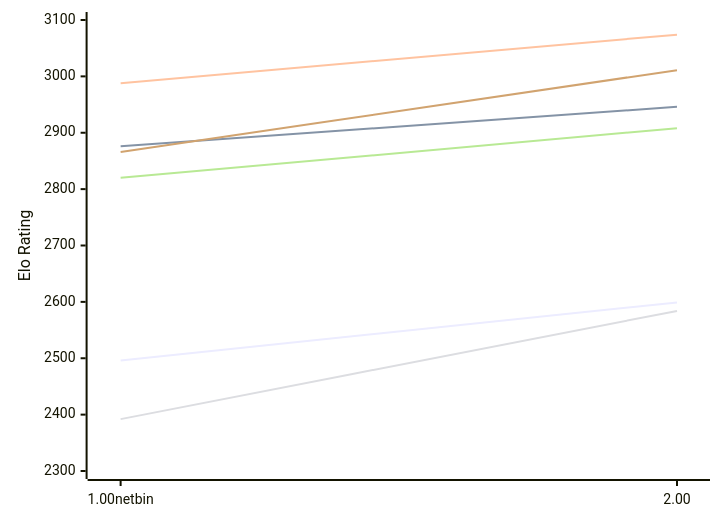
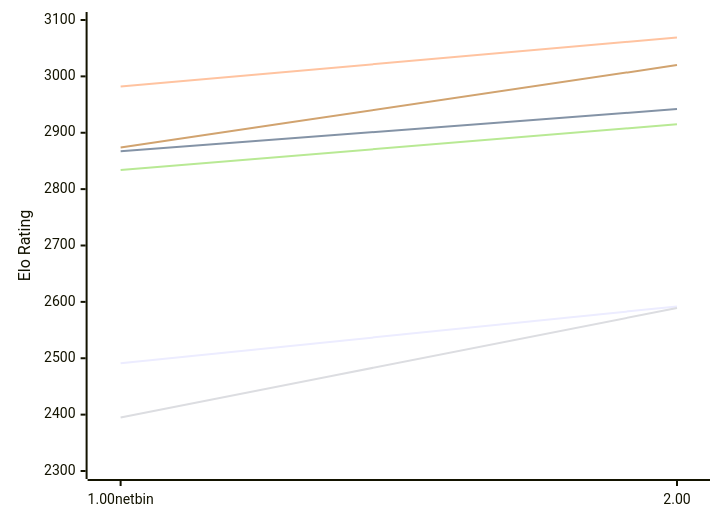
Before and after one commit to computer-chess-index/cci: the first of 2 diagrams in engines/Gilipol.md, drawn with Mermaid. The commit also changed other lines of this file, not shown here.

Commit message:
Update CCI Ratings (ELO VLTC) - 2026-11-18

````diff
--- a/engines/Gilipol.md
+++ b/engines/Gilipol.md
@@ -51,12 +51,12 @@
 ```mermaid
 %%{init: {"theme":"base","themeVariables":{"seriesColors:['#a3a3a3','#222221','#faa371']}}}%%
 xychart-beta
   x-axis ["1.00netbin", "2.00"]
   y-axis "Elo Rating" 2300 --> 3100
-  line "E1: STC (8.0+0.08s)" [2496, 2599]
-  line "E1: LTC (60.0+0.60s)" [2876, 2946]
-  line "E1: VLTC (2m24s+1.12s)" [2988, 3074]
-  line "P1: STC (8.0+0.08s)" [2392, 2584]
-  line "P1: LTC (60.0+0.60s)" [2820, 2908]
-  line "P1: VLTC (2m24s+1.12s)" [2866, 3011]
+  line "E1: STC (8.0+0.08s)" [2491, 2592]
+  line "E1: LTC (60.0+0.60s)" [2867, 2942]
+  line "E1: VLTC (2m24s+1.12s)" [2982, 3069]
+  line "P1: STC (8.0+0.08s)" [2395, 2589]
+  line "P1: LTC (60.0+0.60s)" [2834, 2915]
+  line "P1: VLTC (2m24s+1.12s)" [2874, 3020]
 ```
````
